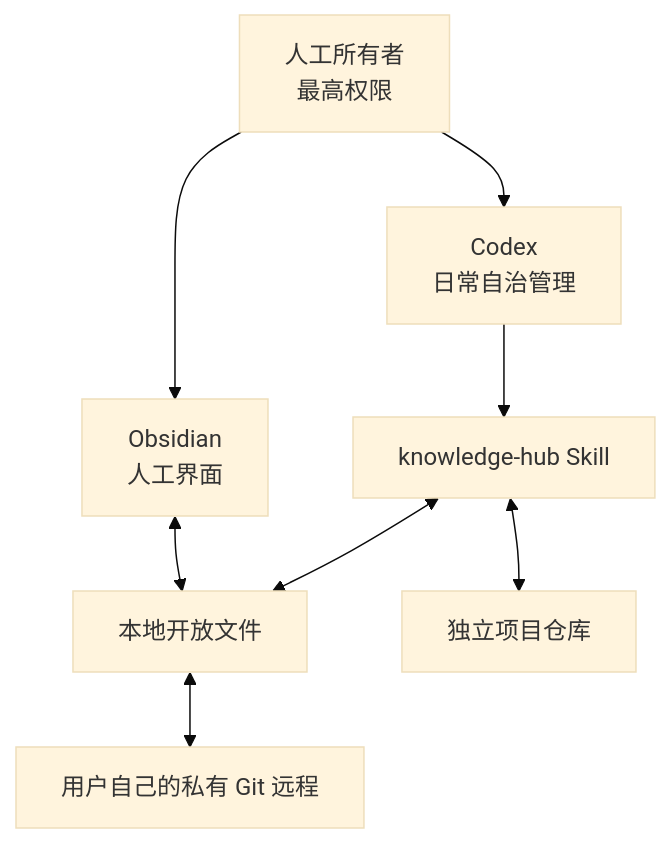
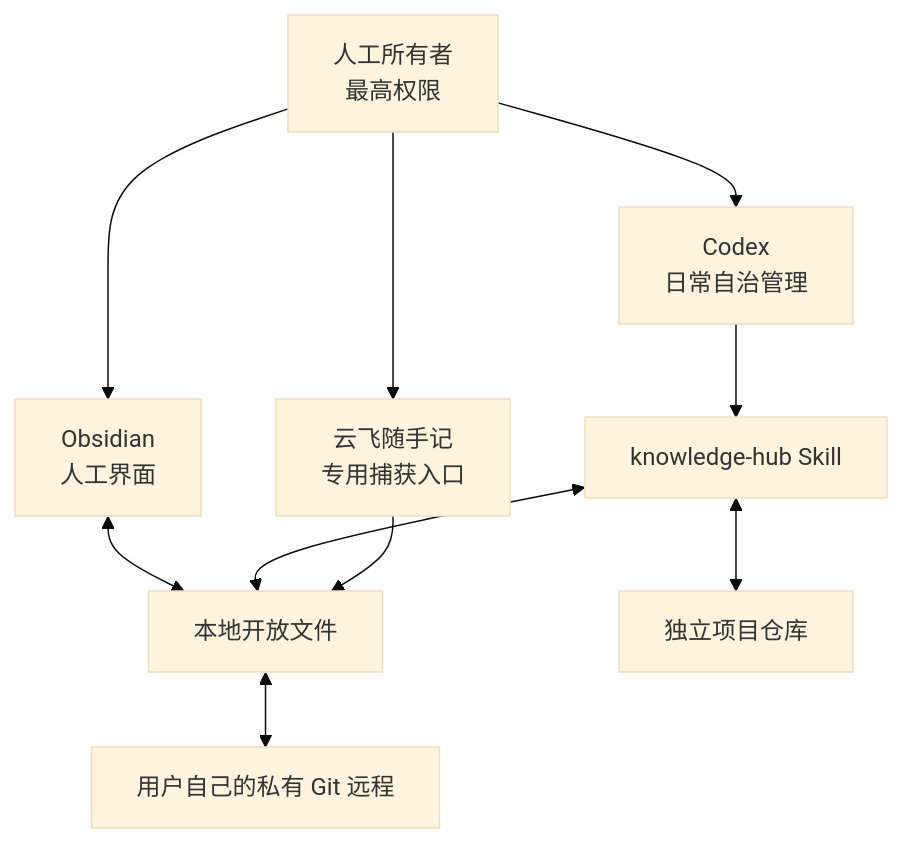
Before and after one commit to MaybeToSure/KnowledgeHub-Framework: the diagram in docs/框架原理与边界.md, drawn with Mermaid (base theme). The commit also changed other lines of this file and 19 other files, not shown here.

````diff
--- a/docs/框架原理与边界.md
+++ b/docs/框架原理与边界.md
@@ -5,10 +5,12 @@
 ```mermaid
 flowchart TD
     U["人工所有者<br/>最高权限"] --> O["Obsidian<br/>人工界面"]
     U --> C["Codex<br/>日常自治管理"]
+    U --> Q["云飞随手记<br/>专用捕获入口"]
     C --> S["knowledge-hub Skill"]
     O <--> K["本地开放文件"]
     S <--> K
+    Q --> K
     K <--> R["用户自己的私有 Git 远程"]
     S <--> P["独立项目仓库"]
 ```
````
